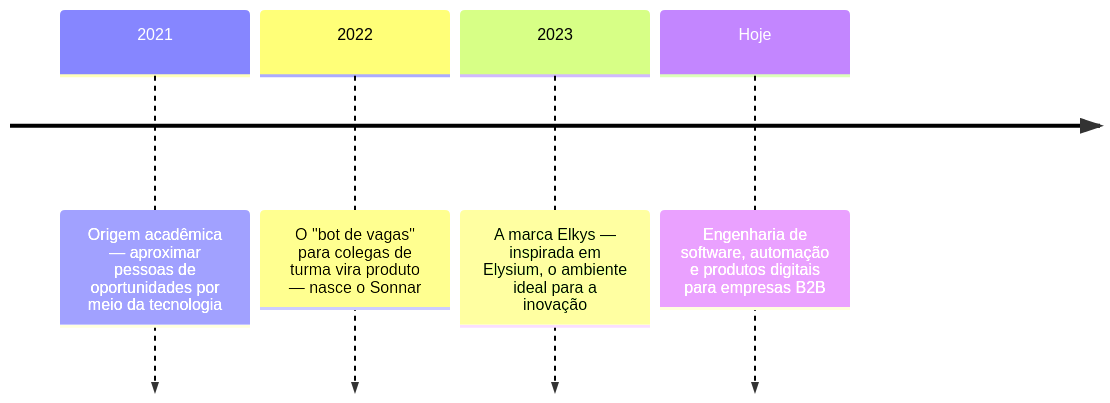
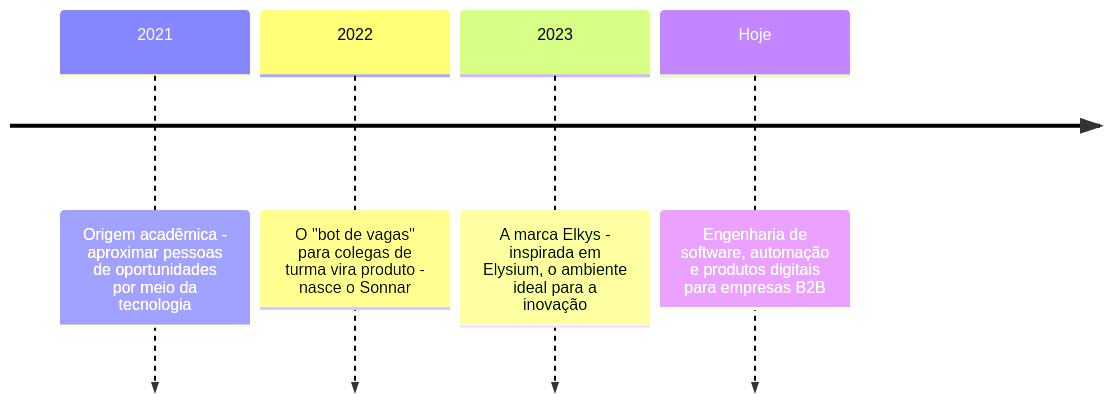
Before and after one commit to ElkysOfficial/.github: the first of 2 diagrams in profile/README.md, drawn with Mermaid. The commit also changed other lines of this file, not shown here.

````diff
--- a/profile/README.md
+++ b/profile/README.md
@@ -31,7 +31,7 @@
 ```mermaid
 timeline
-    2021 : Origem acadêmica — aproximar pessoas de oportunidades por meio da tecnologia
-    2022 : O "bot de vagas" para colegas de turma vira produto — nasce o Sonnar
-    2023 : A marca Elkys — inspirada em Elysium, o ambiente ideal para a inovação
+    2021 : Origem acadêmica - aproximar pessoas de oportunidades por meio da tecnologia
+    2022 : O "bot de vagas" para colegas de turma vira produto - nasce o Sonnar
+    2023 : A marca Elkys - inspirada em Elysium, o ambiente ideal para a inovação
     Hoje : Engenharia de software, automação e produtos digitais para empresas B2B
 ```
````
